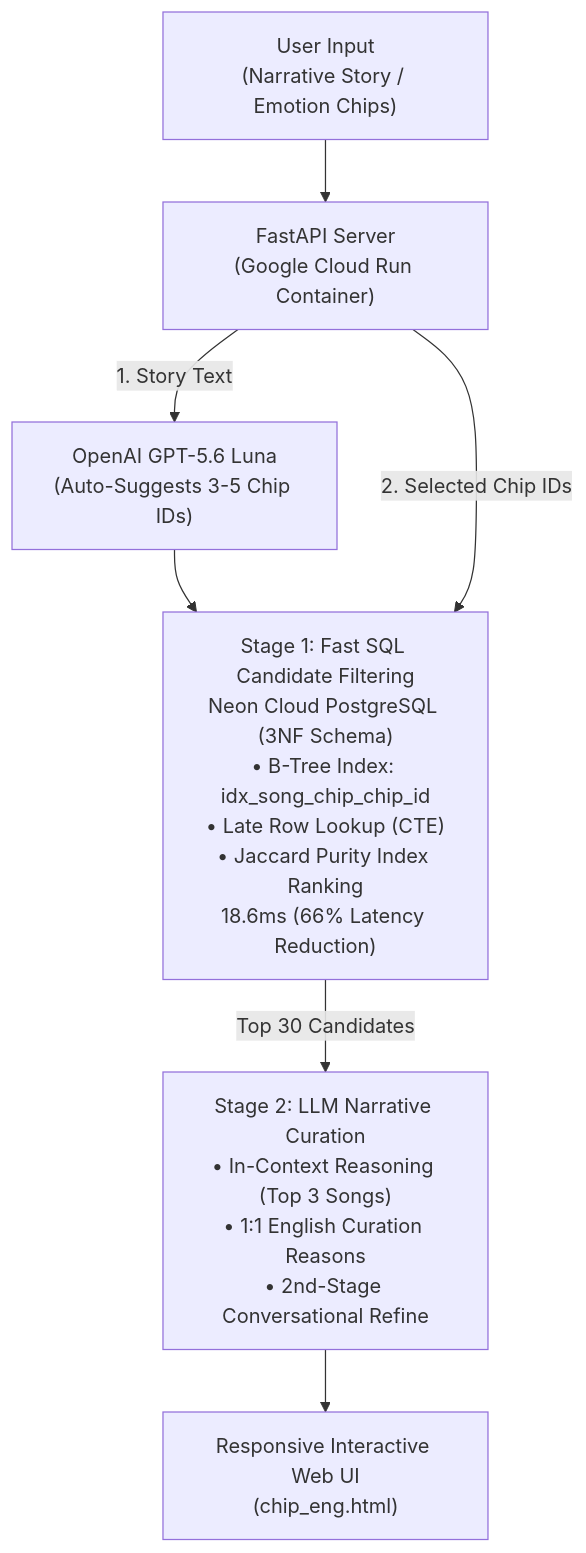
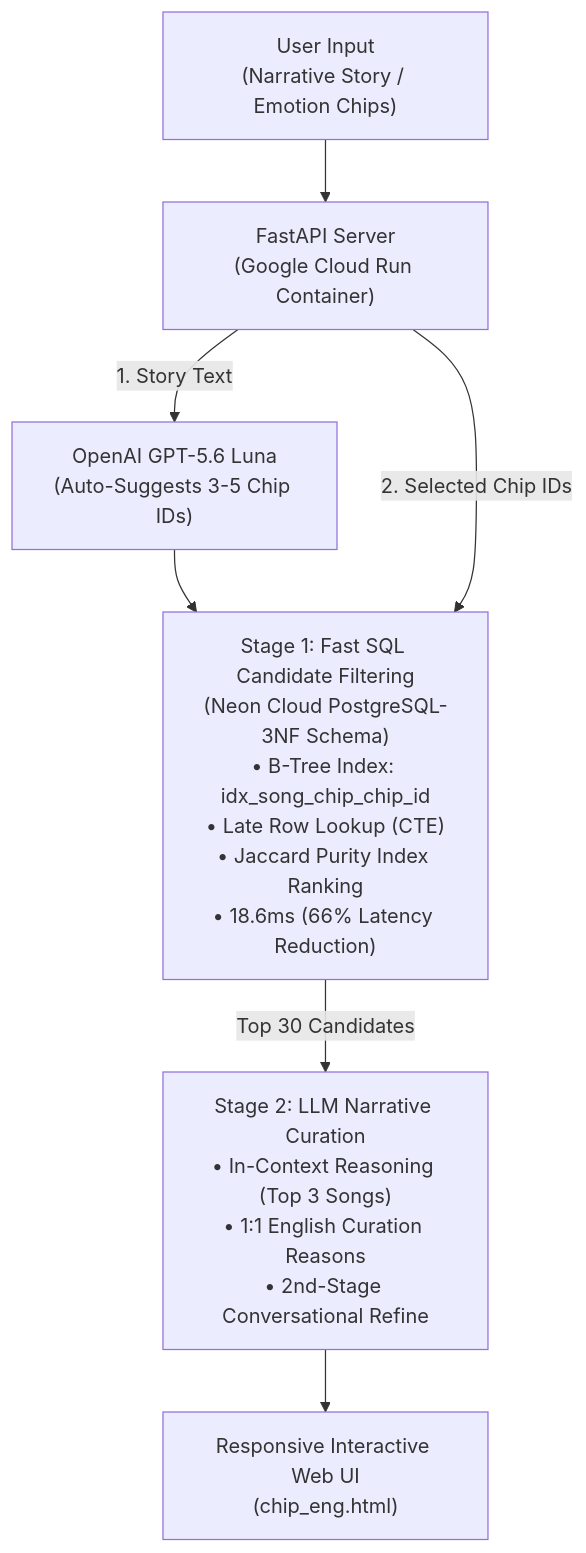
One commit to caseyYtchoo/chip-music-recommendation-eng changed the diagram in README.md. Above: the diagram before and after it, drawn with Mermaid.

````diff
--- a/README.md
+++ b/README.md
@@ -27,13 +27,13 @@
 ```mermaid
 flowchart TD
     User["User Input\n(Narrative Story / Emotion Chips)"] --> FastAPI["FastAPI Server\n(Google Cloud Run Container)"]
     
     FastAPI -->|"1. Story Text"| GPT_Chips["OpenAI GPT-5.6 Luna\n(Auto-Suggests 3-5 Chip IDs)"]
     GPT_Chips --> DB
     
-    FastAPI -->|"2. Selected Chip IDs"| DB["Stage 1: Fast SQL Candidate Filtering\nNeon Cloud PostgreSQL (3NF Schema)\n• B-Tree Index: idx_song_chip_chip_id\n• Late Row Lookup (CTE)\n• Jaccard Purity Index Ranking\n18.6ms (66% Latency Reduction)"]
+    FastAPI -->|"2. Selected Chip IDs"| DB["Stage 1: Fast SQL Candidate Filtering\n(Neon Cloud PostgreSQL-3NF Schema)\n• B-Tree Index: idx_song_chip_chip_id\n• Late Row Lookup (CTE)\n• Jaccard Purity Index Ranking\n• 18.6ms (66% Latency Reduction)"]
     
     DB -->|"Top 30 Candidates"| Curation["Stage 2: LLM Narrative Curation\n• In-Context Reasoning (Top 3 Songs)\n• 1:1 English Curation Reasons\n• 2nd-Stage Conversational Refine"]
     
     Curation --> UI["Responsive Interactive Web UI\n(chip_eng.html)"]
 ```
````
